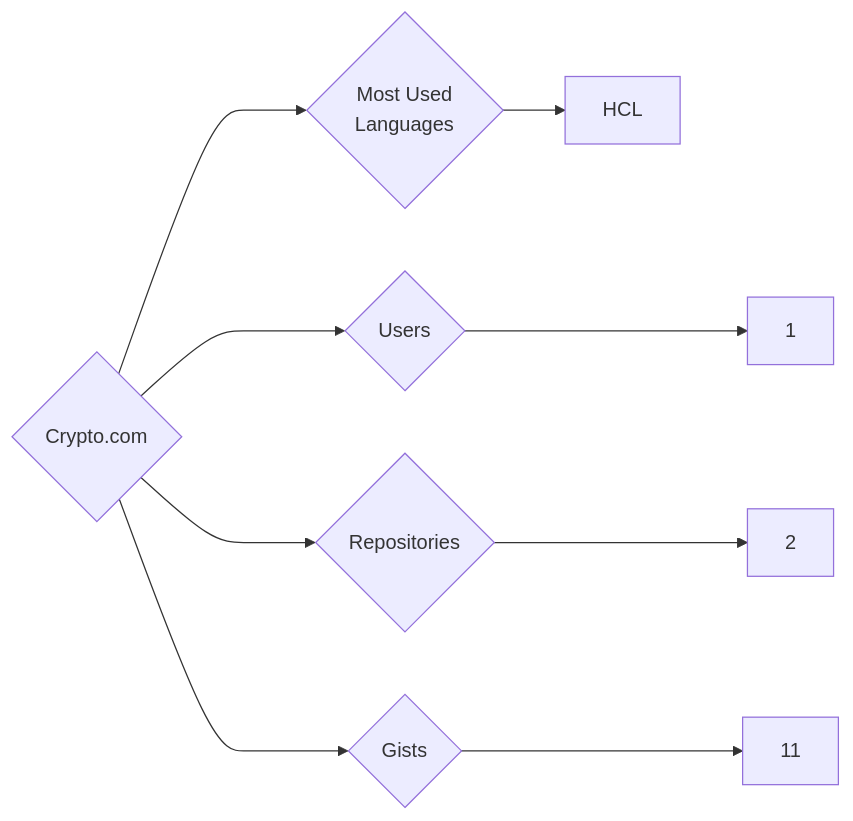
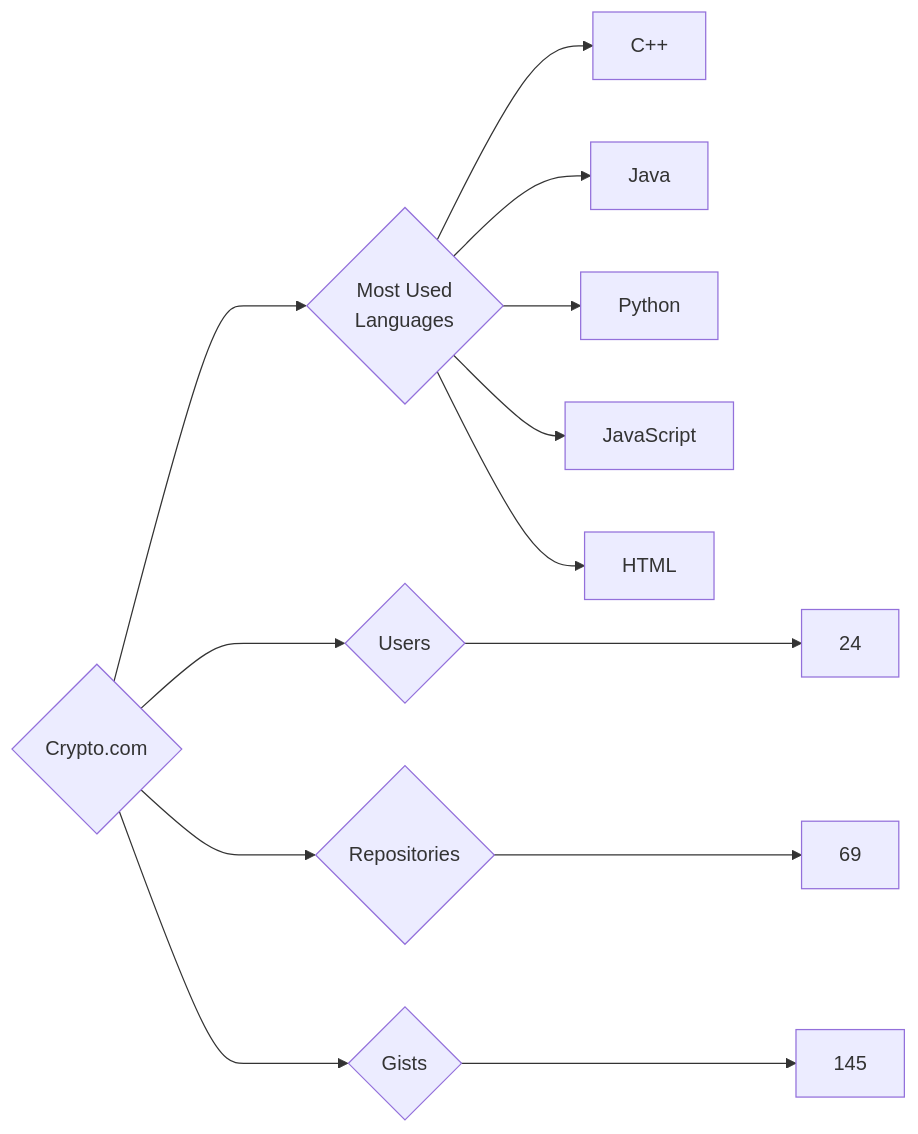
Before and after one commit to trickest/insiders: the diagram in targets/Crypto.com/README.md, drawn with Mermaid. The commit also changed 823 other files, not shown here.

````diff
--- a/targets/Crypto.com/README.md
+++ b/targets/Crypto.com/README.md
@@ -3,9 +3,13 @@
 ```mermaid
 graph LR
 COMPANY_NAME{Crypto.com}
-COMPANY_NAME ---> U{Users} ---> UN[1]
-COMPANY_NAME ---> R{Repositories} ---> RN[2]
-COMPANY_NAME ---> G{Gists} ---> GN[11]
+COMPANY_NAME ---> U{Users} ---> UN[24]
+COMPANY_NAME ---> R{Repositories} ---> RN[69]
+COMPANY_NAME ---> G{Gists} ---> GN[145]
 COMPANY_NAME ---> ML{Most Used<br>Languages}
-ML --> HCL[HCL]
+ML --> C++[C++]
+ML --> Java[Java]
+ML --> Python[Python]
+ML --> JavaScript[JavaScript]
+ML --> HTML[HTML]
 ```
````
